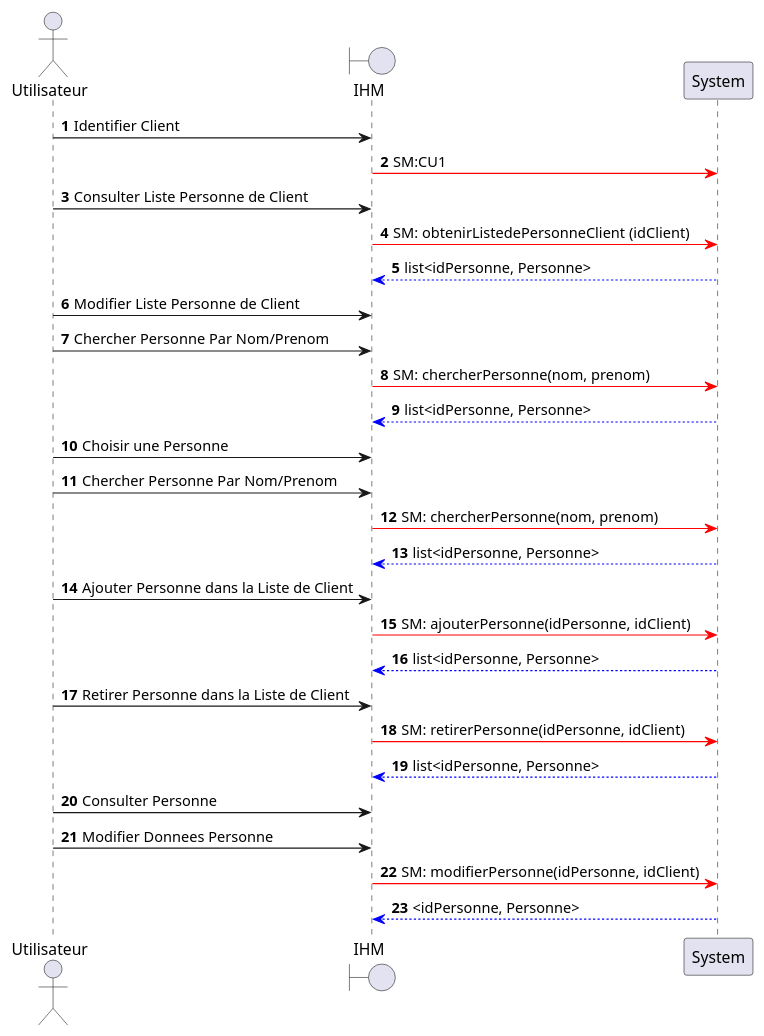
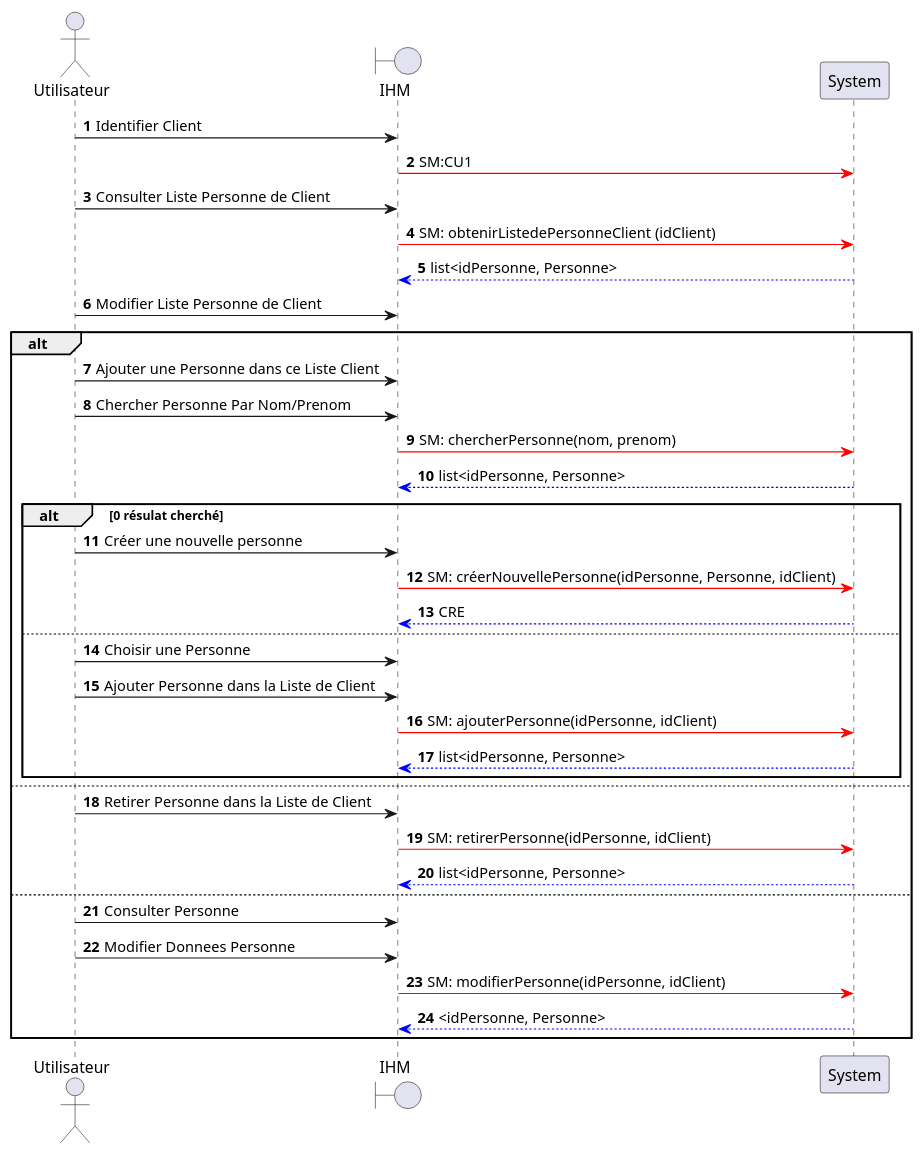
One commit to HZjiadong/PLD-MARS changed the diagram in src/documentation/CU2-DSS.puml. Above: the diagram before and after it, drawn with PlantUML.

Commit message:
doc(CU2-DSS): Changer la structure de DSS

```diff
--- a/src/documentation/CU2-DSS.puml
+++ b/src/documentation/CU2-DSS.puml
@@ -1,47 +1,51 @@
 @startuml
 
 actor Utilisateur as U
 boundary IHM as I
 participant System as S
 
 autonumber
+
 U->I: Identifier Client
     I-[#red]>S: SM:CU1
 
 U->I: Consulter Liste Personne de Client
     I-[#red]>S: SM: obtenirListedePersonneClient (idClient)
     S-[#0000FF]->I: list<idPersonne, Personne>
 
 U->I: Modifier Liste Personne de Client
+alt
+    U->I: Ajouter une Personne dans ce Liste Client
 
-U->I: Chercher Personne Par Nom/Prenom
-    I-[#red]>S: SM: chercherPersonne(nom, prenom)
-    S-[#0000FF]->I: list<idPersonne, Personne>
+    U->I: Chercher Personne Par Nom/Prenom
+        I-[#red]>S: SM: chercherPersonne(nom, prenom)
+        S-[#0000FF]->I: list<idPersonne, Personne>
+    alt  0 résulat cherché
+    U->I: Créer une nouvelle personne
+            I-[#red]>S: SM: créerNouvellePersonne(idPersonne, Personne, idClient)
+            S-[#0000FF]->I: CRE
+    else
+    U->I: Choisir une Personne
 
-U->I: Choisir une Personne
+    U->I: Ajouter Personne dans la Liste de Client
+        I-[#red]>S: SM: ajouterPersonne(idPersonne, idClient)
+        S-[#0000FF]->I: list<idPersonne, Personne>
+    end
+else
+    U->I: Retirer Personne dans la Liste de Client
+        I-[#red]>S: SM: retirerPersonne(idPersonne, idClient)
+        S-[#0000FF]->I: list<idPersonne, Personne>
+else
+    U->I: Consulter Personne
 
-U->I: Chercher Personne Par Nom/Prenom
-    I-[#red]>S: SM: chercherPersonne(nom, prenom)
-    S-[#0000FF]->I: list<idPersonne, Personne>
-
-U->I: Ajouter Personne dans la Liste de Client
-    I-[#red]>S: SM: ajouterPersonne(idPersonne, idClient)
-    S-[#0000FF]->I: list<idPersonne, Personne>
-
-U->I: Retirer Personne dans la Liste de Client
-    I-[#red]>S: SM: retirerPersonne(idPersonne, idClient)
-    S-[#0000FF]->I: list<idPersonne, Personne>
-
-U->I: Consulter Personne
-
-U->I: Modifier Donnees Personne
-    I-[#red]>S: SM: modifierPersonne(idPersonne, idClient)
-    S-[#0000FF]->I: <idPersonne, Personne>
-
+    U->I: Modifier Donnees Personne
+        I-[#red]>S: SM: modifierPersonne(idPersonne, idClient)
+        S-[#0000FF]->I: <idPersonne, Personne>
+end
 
 
 
 
 
 
 @enduml
```
